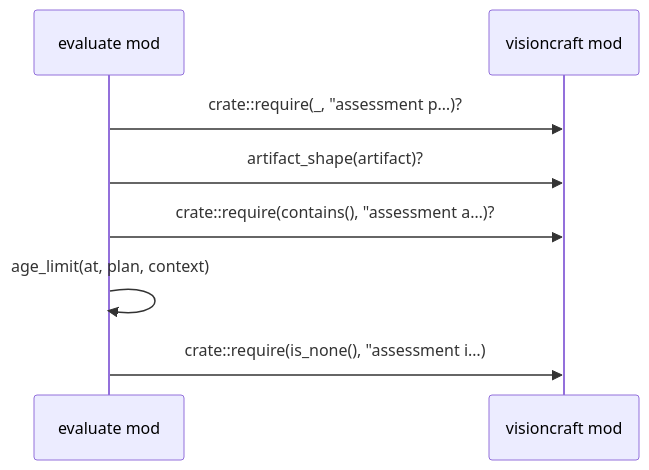
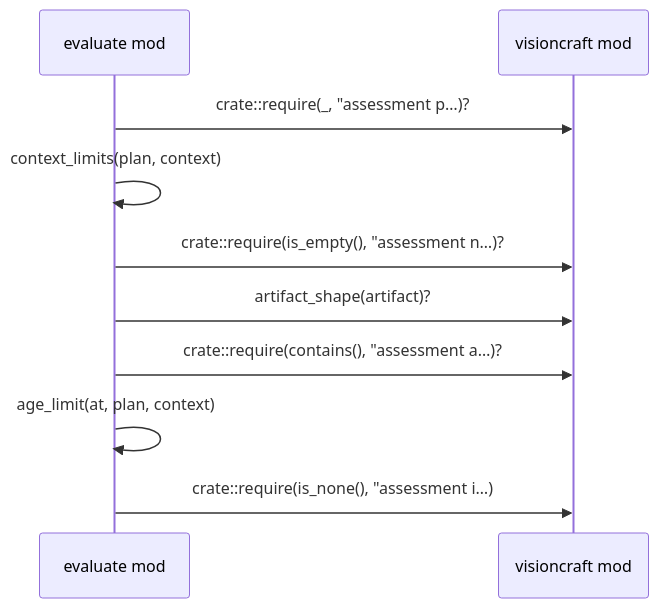
One commit to DreamLab-AI/visioncraft changed the third of 4 diagrams in docs/diagrams/generated/src/evaluate.rs.md. Above: the diagram before and after it, drawn with Mermaid. The commit also changed other lines of this file and 10 other files, not shown here.

Commit message:
Verify final release architecture and refresh generated diagrams

````diff
--- a/docs/diagrams/generated/src/evaluate.rs.md
+++ b/docs/diagrams/generated/src/evaluate.rs.md
@@ -176,10 +176,12 @@
 ```mermaid
 sequenceDiagram
   participant visioncraft__evaluate as evaluate mod
   participant visioncraft as visioncraft mod
   visioncraft__evaluate->>visioncraft: crate::require(_, #quot;assessment p…)?
+  visioncraft__evaluate->>visioncraft__evaluate: context_limits(plan, context)
+  visioncraft__evaluate->>visioncraft: crate::require(is_empty(), #quot;assessment n…)?
   visioncraft__evaluate->>visioncraft: artifact_shape(artifact)?
   visioncraft__evaluate->>visioncraft: crate::require(contains(), #quot;assessment a…)?
   visioncraft__evaluate->>visioncraft__evaluate: age_limit(at, plan, context)
   visioncraft__evaluate->>visioncraft: crate::require(is_none(), #quot;assessment i…)
 ```
````
